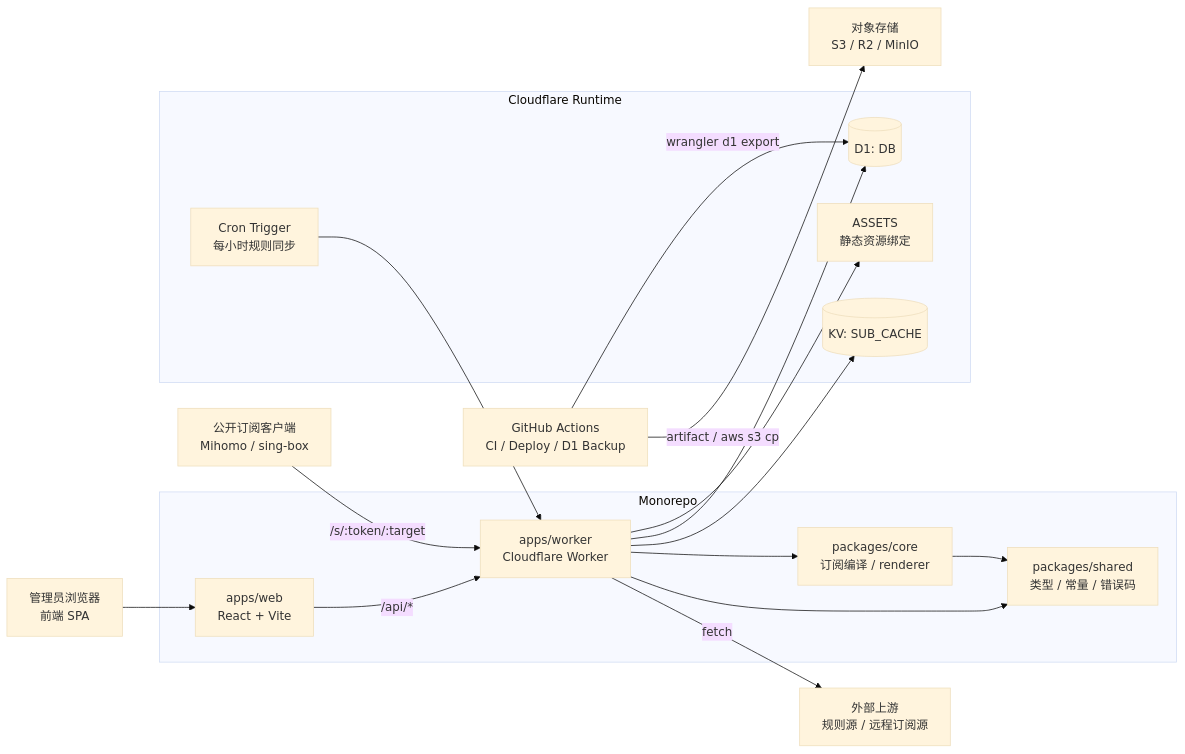
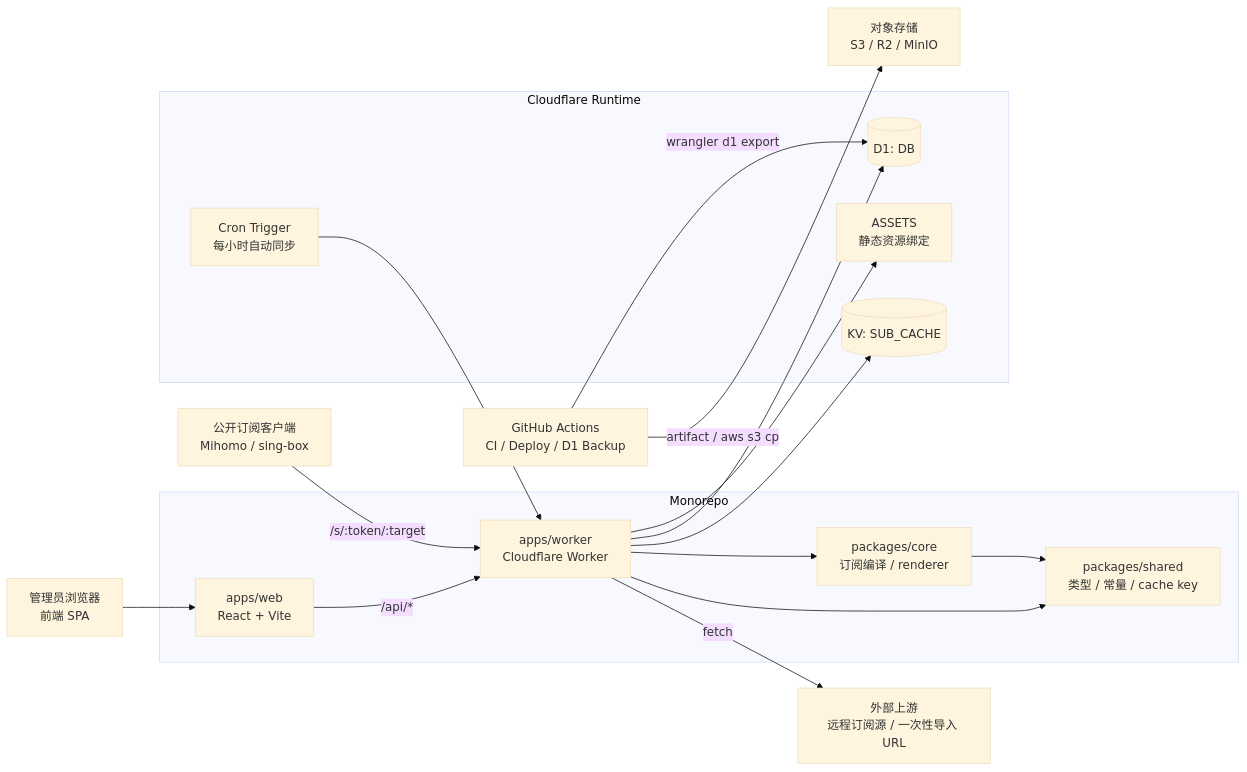
Before and after one commit to aliom-v/SubForge: the first of 5 diagrams in docs/架构图与ER图.md, drawn with Mermaid (base theme). The commit also changed other lines of this file and 29 other files, not shown here.

````diff
--- a/docs/架构图与ER图.md
+++ b/docs/架构图与ER图.md
@@ -31,36 +31,36 @@
 ```mermaid
 flowchart LR
   Admin["管理员浏览器<br/>前端 SPA"]
   Subscriber["公开订阅客户端<br/>Mihomo / sing-box"]
   GHA["GitHub Actions<br/>CI / Deploy / D1 Backup"]
-  External["外部上游<br/>规则源 / 远程订阅源"]
+  External["外部上游<br/>远程订阅源 / 一次性导入 URL"]
   ObjectStorage["对象存储<br/>S3 / R2 / MinIO"]
 
   subgraph Repo[Monorepo]
     Web["apps/web<br/>React + Vite"]
     Worker["apps/worker<br/>Cloudflare Worker"]
     Core["packages/core<br/>订阅编译 / renderer"]
-    Shared["packages/shared<br/>类型 / 常量 / 错误码"]
+    Shared["packages/shared<br/>类型 / 常量 / cache key"]
   end
 
   subgraph CF[Cloudflare Runtime]
     Assets["ASSETS<br/>静态资源绑定"]
     D1[(D1: DB)]
     KV[(KV: SUB_CACHE)]
-    Cron["Cron Trigger<br/>每小时规则同步"]
+    Cron["Cron Trigger<br/>每小时自动同步"]
   end
 
   Admin --> Web
   Web -->|/api/*| Worker
   Subscriber -->|/s/:token/:target| Worker
   Worker --> Assets
   Worker --> D1
   Worker --> KV
   Worker --> Core
   Worker --> Shared
   Core --> Shared
   Cron --> Worker
   Worker -->|fetch| External
   GHA -->|wrangler d1 export| D1
   GHA -->|artifact / aws s3 cp| ObjectStorage
 ```
````
